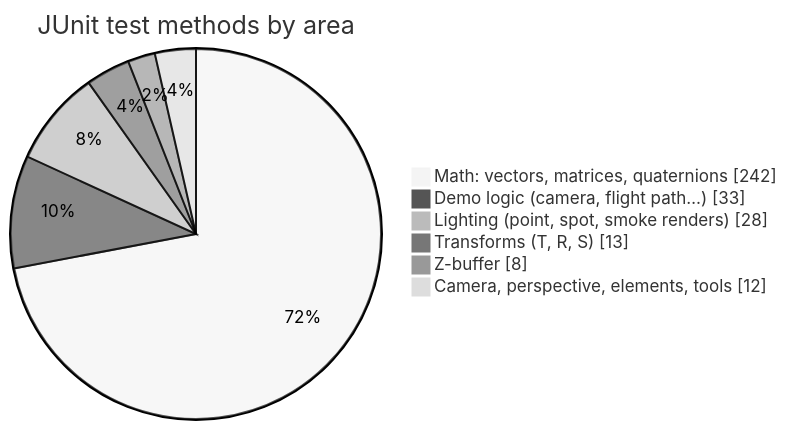
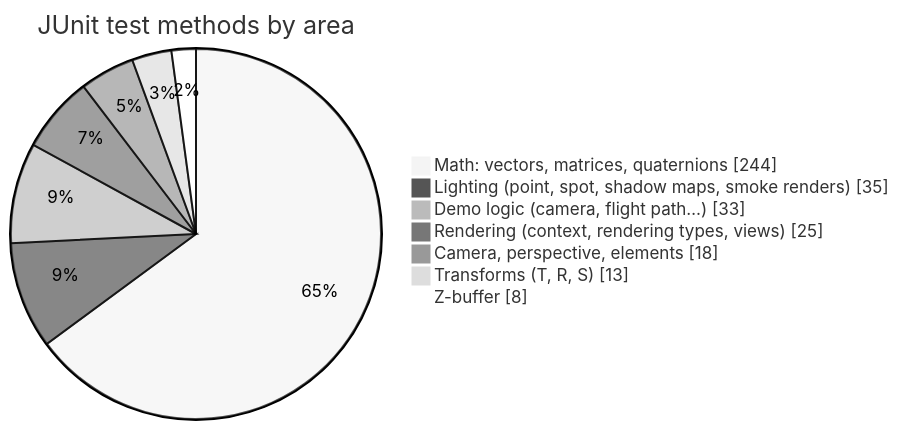
Before and after one commit to obarry/Aventura: diagram 17 of 20 in docs/DESIGN.md, drawn with Mermaid (neutral theme). The commit also changed other lines of this file and 1 other file, not shown here.

First line of the commit message:
Docs: update README and DESIGN for the new rendering types

````diff
--- a/docs/DESIGN.md
+++ b/docs/DESIGN.md
@@ -642,10 +642,11 @@
 ```mermaid
 pie showData
     title JUnit test methods by area
-    "Math: vectors, matrices, quaternions" : 242
+    "Math: vectors, matrices, quaternions" : 244
+    "Lighting (point, spot, shadow maps, smoke renders)" : 35
     "Demo logic (camera, flight path…)" : 33
-    "Lighting (point, spot, smoke renders)" : 28
+    "Rendering (context, rendering types, views)" : 25
+    "Camera, perspective, elements" : 18
     "Transforms (T, R, S)" : 13
     "Z-buffer" : 8
-    "Camera, perspective, elements, tools" : 12
 ```
````
